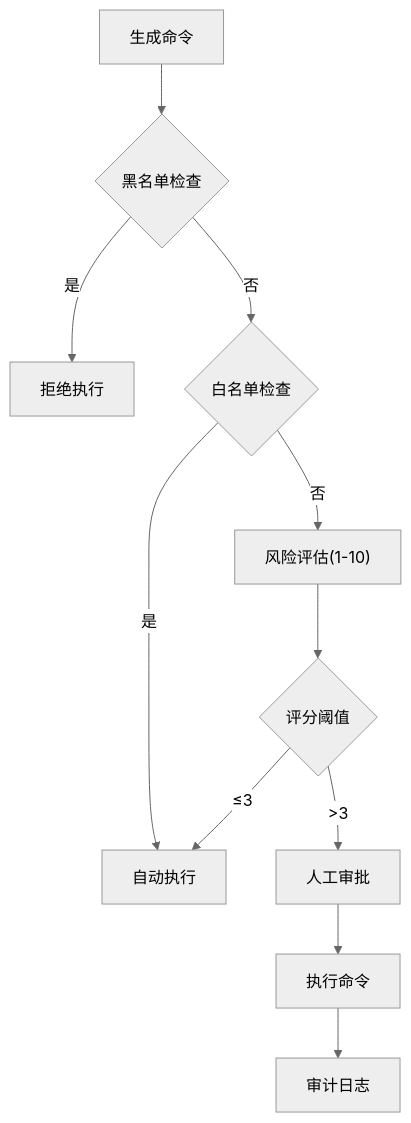
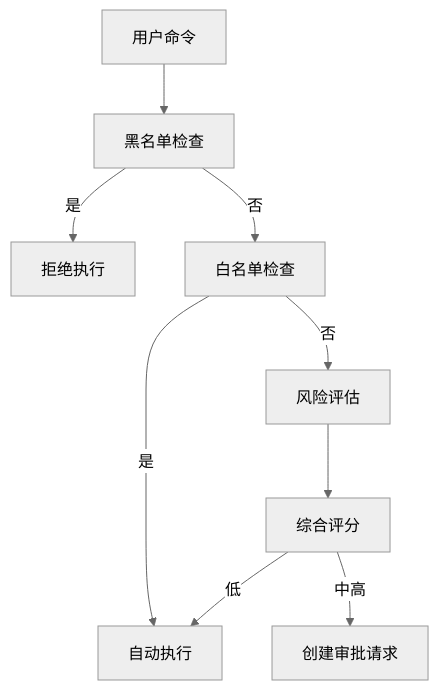
The sixth of 7 diagrams in .qoder/repowiki/zh/content/项目概述/项目概述.md (lyyzzz6/AIops), drawn with Mermaid (neutral theme) before and after one commit. The commit also changed other lines of this file and 371 other files, not shown here.

````diff
--- a/.qoder/repowiki/zh/content/项目概述/项目概述.md
+++ b/.qoder/repowiki/zh/content/项目概述/项目概述.md
@@ -260,13 +245,11 @@
 ```mermaid
 flowchart TD
-CMD["生成命令"] --> BL{"黑名单检查"}
+CMD["用户命令"] --> BL["黑名单检查"]
 BL --> |是| DENY["拒绝执行"]
-BL --> |否| WL{"白名单检查"}
+BL --> |否| WL["白名单检查"]
 WL --> |是| AUTO["自动执行"]
-WL --> |否| SCORE["风险评估(1-10)"]
-SCORE --> DEC{"评分阈值"}
-DEC --> |≤3| AUTO
-DEC --> |>3| APPROVAL["人工审批"]
-APPROVAL --> EXEC["执行命令"]
-EXEC --> AUDIT["审计日志"]
+WL --> |否| RISK["风险评估"]
+RISK --> SCORE["综合评分"]
+SCORE --> |低| AUTO
+SCORE --> |中高| APP["创建审批请求"]
 ```
````
